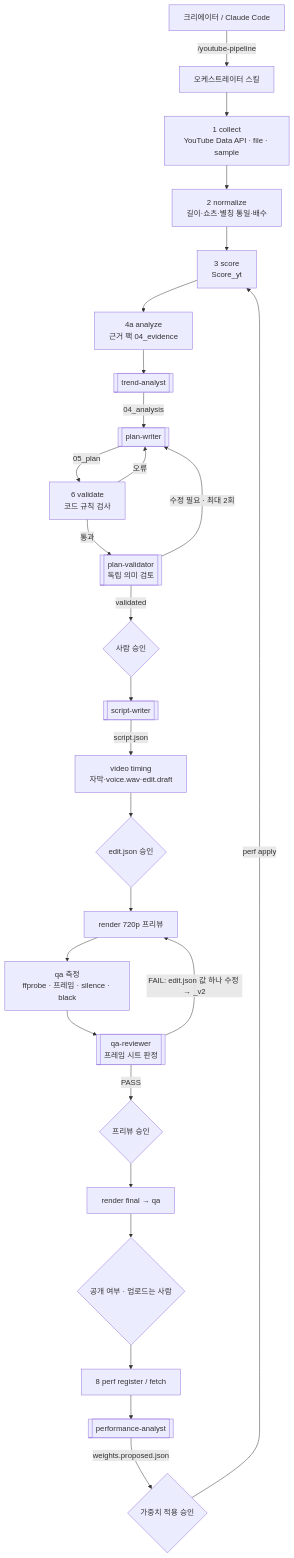
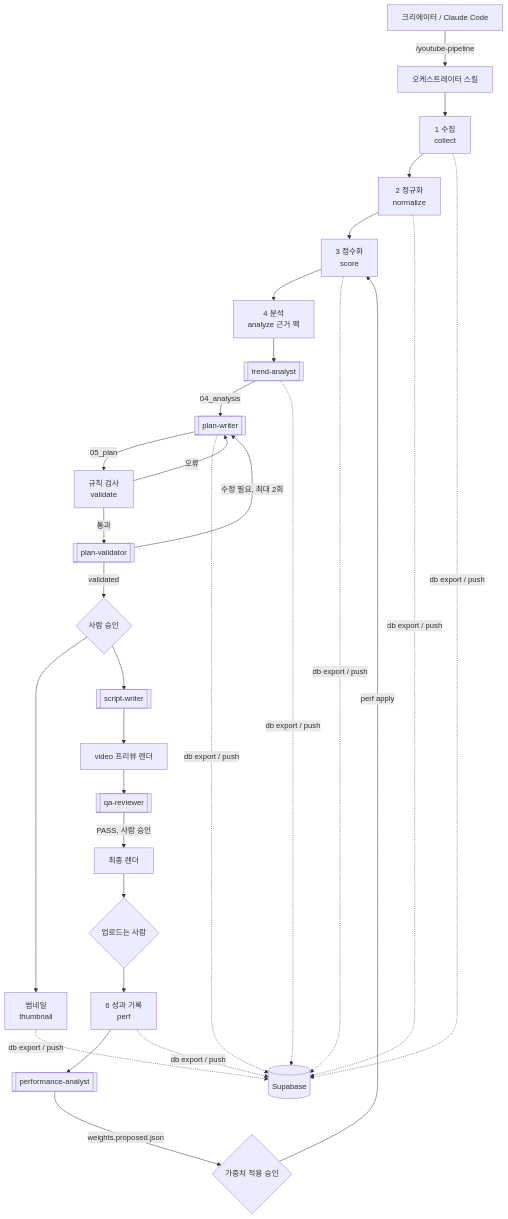
One commit to Garyklay28/game-inspiration-platform changed the diagram in docs/architecture.md. Above: the diagram before and after it, drawn with Mermaid. The commit also changed other lines of this file and 13 other files, not shown here.

Commit message:
지도교수 피드백 반영: 썸네일 이미지 생성, Supabase 스키마, 점수 기준·에이전트 구조 문서

````diff
--- a/docs/architecture.md
+++ b/docs/architecture.md
@@ -3,29 +22,26 @@
 ```mermaid
 flowchart TD
     U[크리에이터 / Claude Code] -->|/youtube-pipeline| O[오케스트레이터 스킬]
-    O --> C1[1 collect<br/>YouTube Data API · file · sample]
-    C1 --> C2[2 normalize<br/>길이·쇼츠·별칭 통일·배수]
-    C2 --> C3[3 score<br/>Score_yt]
-    C3 --> C4[4a analyze<br/>근거 팩 04_evidence]
+    O --> C1[1 수집<br/>collect]
+    C1 --> C2[2 정규화<br/>normalize]
+    C2 --> C3[3 점수화<br/>score]
+    C3 --> C4[4 분석<br/>analyze 근거 팩]
     C4 --> A1[[trend-analyst]]
     A1 -->|04_analysis| A2[[plan-writer]]
-    A2 -->|05_plan| V1[6 validate<br/>코드 규칙 검사]
+    A2 -->|05_plan| V1[규칙 검사<br/>validate]
     V1 -->|오류| A2
-    V1 -->|통과| A3[[plan-validator<br/>독립 의미 검토]]
-    A3 -->|수정 필요 · 최대 2회| A2
+    V1 -->|통과| A3[[plan-validator]]
+    A3 -->|수정 필요, 최대 2회| A2
     A3 -->|validated| H1{사람 승인}
+    H1 --> TH[썸네일<br/>thumbnail]
     H1 --> A4[[script-writer]]
-    A4 -->|script.json| T[video timing<br/>자막·voice.wav·edit.draft]
-    T --> H2{edit.json 승인}
-    H2 --> R1[render 720p 프리뷰]
-    R1 --> Q[qa 측정<br/>ffprobe · 프레임 · silence · black]
-    Q --> A5[[qa-reviewer<br/>프레임 시트 판정]]
-    A5 -->|FAIL: edit.json 값 하나 수정 → _v2| R1
-    A5 -->|PASS| H3{프리뷰 승인}
-    H3 --> R2[render final → qa]
-    R2 --> H4{공개 여부 · 업로드는 사람}
-    H4 --> P1[8 perf register / fetch]
+    A4 --> R1[video 프리뷰 렌더]
+    R1 --> A5[[qa-reviewer]]
+    A5 -->|PASS, 사람 승인| R2[최종 렌더]
+    R2 --> H4{업로드는 사람}
+    H4 --> P1[6 성과 기록<br/>perf]
     P1 --> A6[[performance-analyst]]
     A6 -->|weights.proposed.json| H5{가중치 적용 승인}
     H5 -->|perf apply| C3
+    C1 & C2 & C3 & A1 & A2 & TH & P1 -.->|db export / push| DB[(Supabase)]
 ```
````
